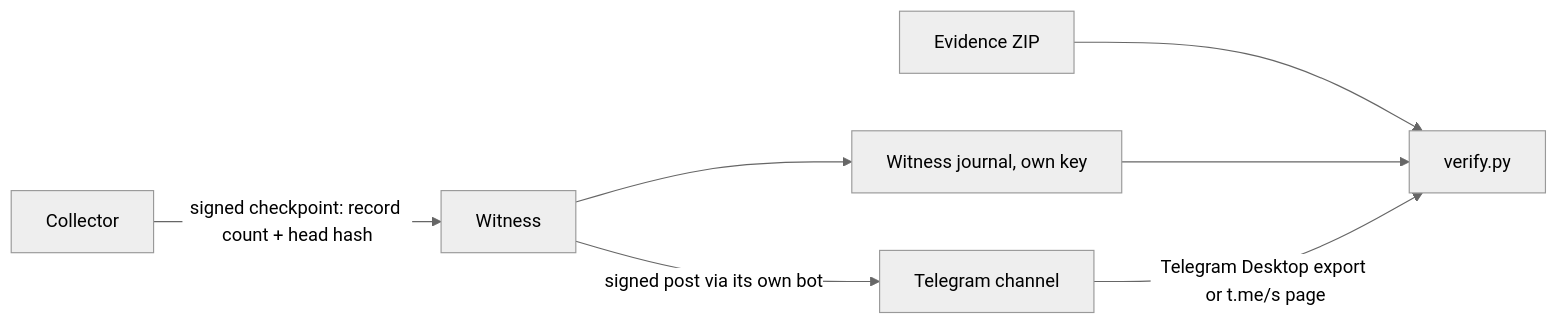
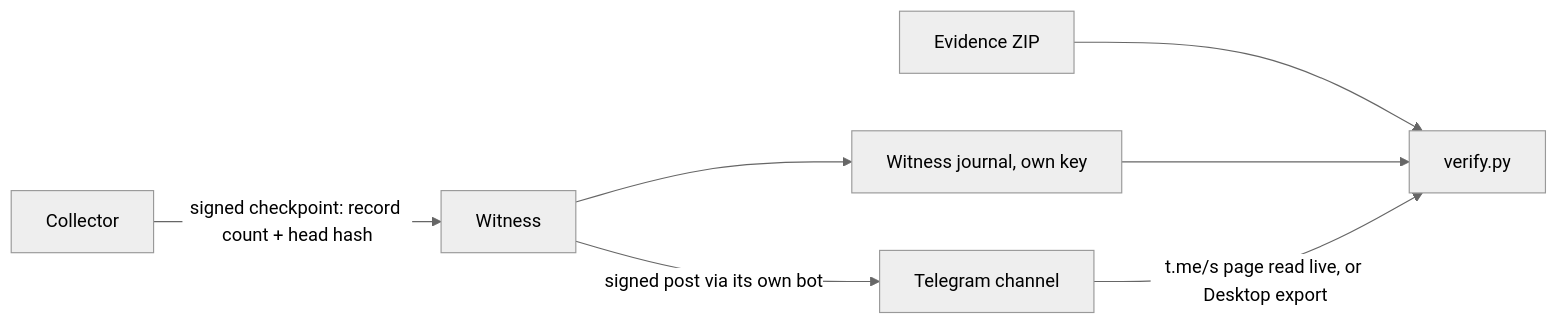
One commit to phishdestroy/TgWitness changed the diagram in docs/WITNESS.md. Above: the diagram before and after it, drawn with Mermaid (neutral theme). The commit also changed other lines of this file and 1166 other files, not shown here.

````diff
--- a/docs/WITNESS.md
+++ b/docs/WITNESS.md
@@ -11,9 +24,9 @@
 ```mermaid
 flowchart LR
     C[Collector] -- signed checkpoint: record count + head hash --> W[Witness]
     W --> J[Witness journal, own key]
     W -- signed post via its own bot --> T[Telegram channel]
     E[Evidence ZIP] --> V[verify.py]
     J --> V
-    T -- Telegram Desktop export or t.me/s page --> V
+    T -- t.me/s page read live, or Desktop export --> V
 ```
````
